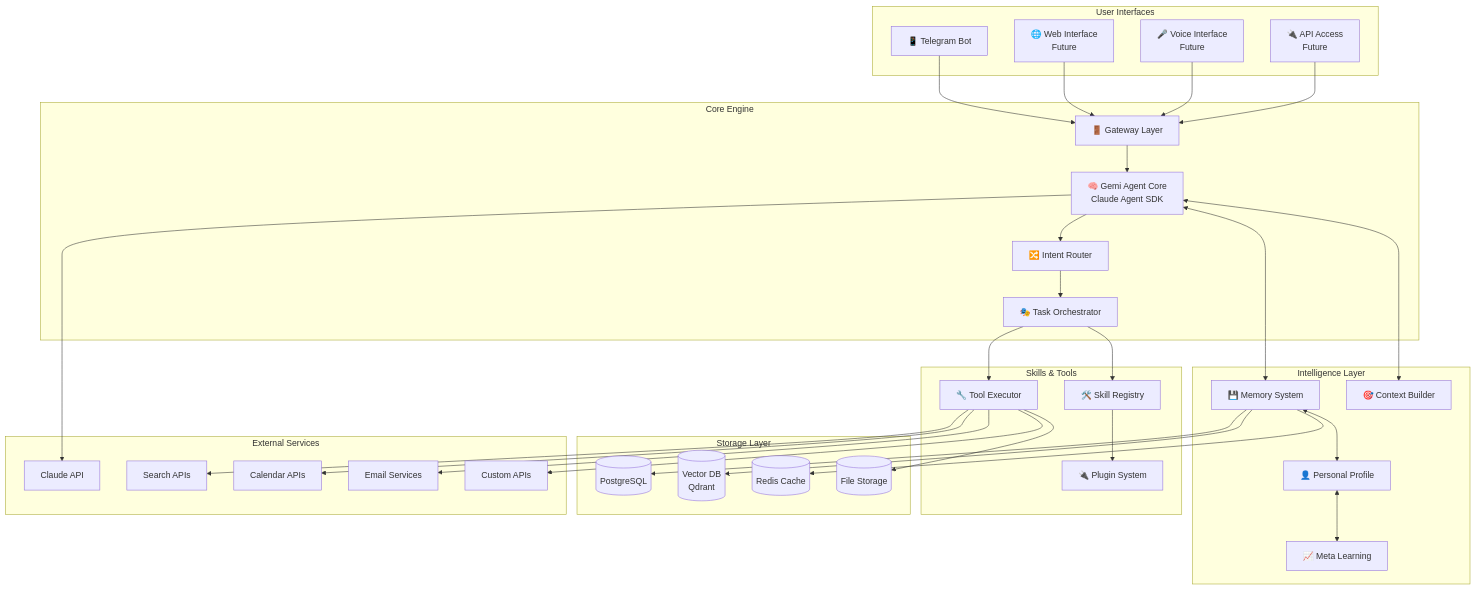
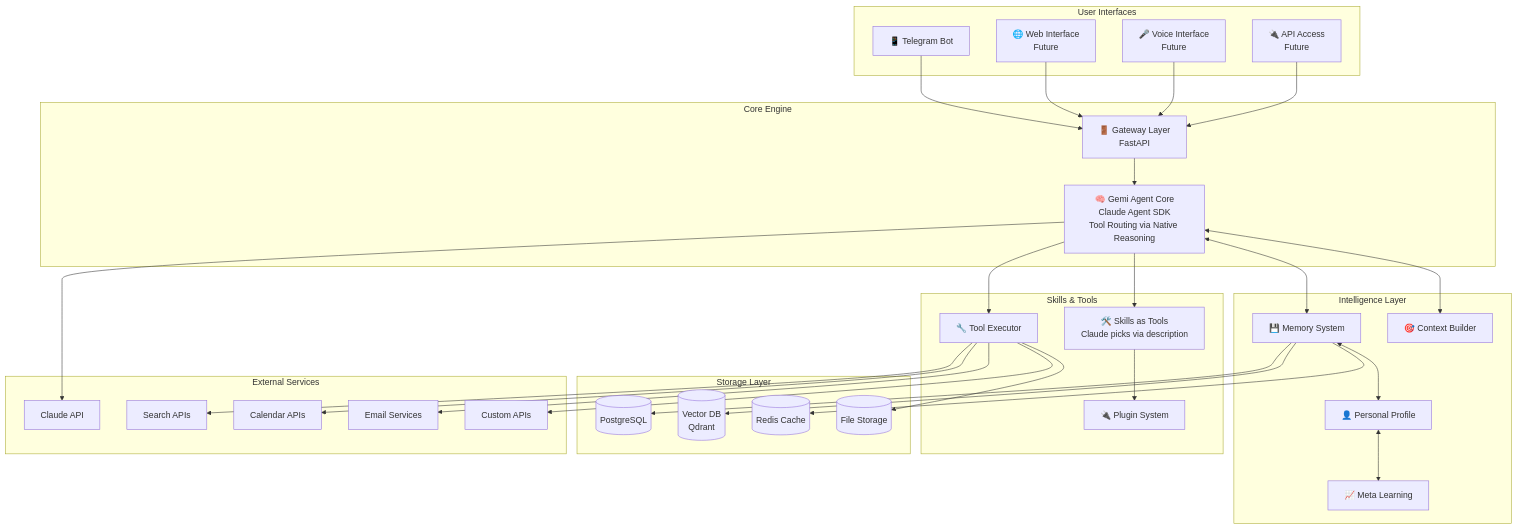
Before and after one commit to samyakjain0606/reading-buddy: the first of 7 diagrams in GEMI_VISION.md, drawn with Mermaid. The commit also changed other lines of this file, not shown here.

Commit message:
gemi vision

````diff
--- a/GEMI_VISION.md
+++ b/GEMI_VISION.md
@@ -27,73 +27,68 @@
 ```mermaid
 graph TB
     subgraph "User Interfaces"
         TG[📱 Telegram Bot]
         WEB[🌐 Web Interface<br/>Future]
         VOICE[🎤 Voice Interface<br/>Future]
         API[🔌 API Access<br/>Future]
     end
 
     subgraph "Core Engine"
-        GATEWAY[🚪 Gateway Layer]
-        AGENT[🧠 Gemi Agent Core<br/>Claude Agent SDK]
-        ROUTER[🔀 Intent Router]
-        ORCHESTRATOR[🎭 Task Orchestrator]
+        GATEWAY[🚪 Gateway Layer<br/>FastAPI]
+        AGENT[🧠 Gemi Agent Core<br/>Claude Agent SDK<br/>Tool Routing via Native Reasoning]
     end
 
     subgraph "Intelligence Layer"
         MEMORY[💾 Memory System]
         CONTEXT[🎯 Context Builder]
         PROFILE[👤 Personal Profile]
         LEARNING[📈 Meta Learning]
     end
 
     subgraph "Skills & Tools"
-        SKILLS[🛠️ Skill Registry]
+        SKILLS[🛠️ Skills as Tools<br/>Claude picks via description]
         TOOLS[🔧 Tool Executor]
         PLUGINS[🔌 Plugin System]
     end
 
     subgraph "Storage Layer"
         PG[(PostgreSQL)]
         VECTOR[(Vector DB<br/>Qdrant)]
         REDIS[(Redis Cache)]
         FILES[(File Storage)]
     end
 
     subgraph "External Services"
         CLAUDE[Claude API]
         SEARCH[Search APIs]
         CALENDAR[Calendar APIs]
         EMAIL[Email Services]
         CUSTOM[Custom APIs]
     end
 
     TG --> GATEWAY
     WEB --> GATEWAY
     VOICE --> GATEWAY
     API --> GATEWAY
 
     GATEWAY --> AGENT
-    AGENT --> ROUTER
-    ROUTER --> ORCHESTRATOR
-
-    ORCHESTRATOR --> SKILLS
-    ORCHESTRATOR --> TOOLS
+    AGENT --> SKILLS
+    AGENT --> TOOLS
     SKILLS --> PLUGINS
 
     AGENT <--> MEMORY
     AGENT <--> CONTEXT
     MEMORY <--> PROFILE
     PROFILE <--> LEARNING
 
     MEMORY --> PG
     MEMORY --> VECTOR
     MEMORY --> REDIS
     TOOLS --> FILES
 
     AGENT --> CLAUDE
     TOOLS --> SEARCH
     TOOLS --> CALENDAR
     TOOLS --> EMAIL
     TOOLS --> CUSTOM
 ```
````
